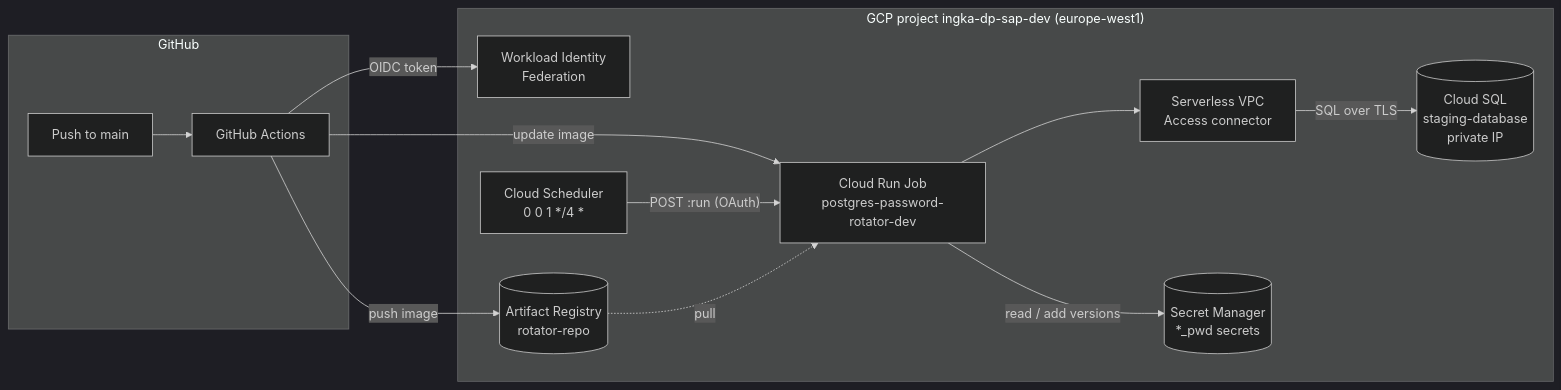
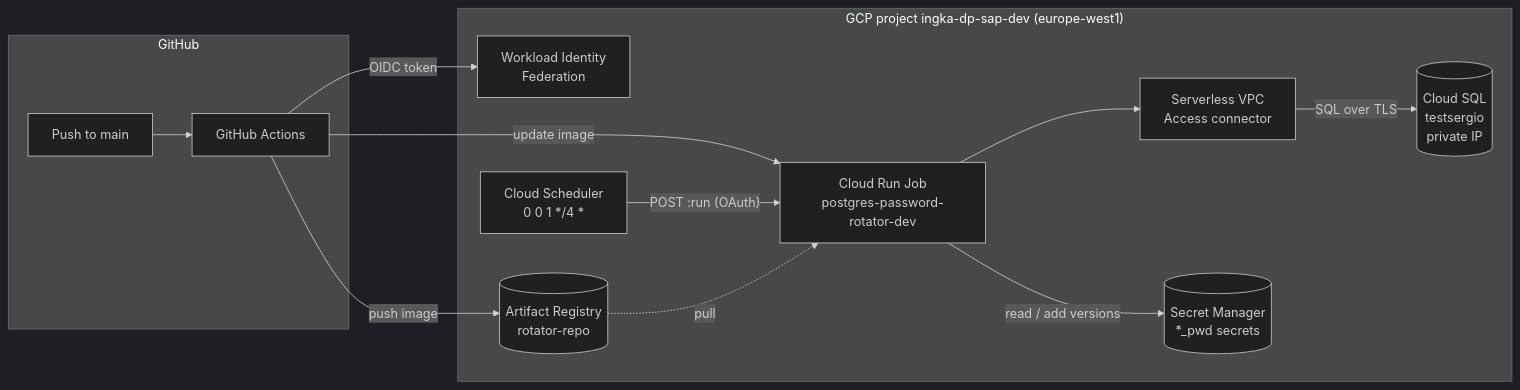
The first of 2 diagrams in ARCHITECTURE.md (Sarank-tech/gcp-postgres-password-rotator), drawn with Mermaid (dark theme) before and after one commit. The commit also changed other lines of this file and 3 other files, not shown here.

````diff
--- a/ARCHITECTURE.md
+++ b/ARCHITECTURE.md
@@ -17,22 +17,22 @@
 ```mermaid
 flowchart LR
     subgraph GitHub
         GH[Push to main] --> GA[GitHub Actions]
     end
     subgraph GCP["GCP project ingka-dp-sap-dev (europe-west1)"]
         WIF[Workload Identity<br/>Federation]
         AR[(Artifact Registry<br/>rotator-repo)]
         SCH[Cloud Scheduler<br/>0 0 1 */4 *]
         JOB[Cloud Run Job<br/>postgres-password-rotator-dev]
         VPCC[Serverless VPC<br/>Access connector]
-        SQL[(Cloud SQL<br/>staging-database<br/>private IP)]
+        SQL[(Cloud SQL<br/>testsergio<br/>private IP)]
         SM[(Secret Manager<br/>*_pwd secrets)]
     end
     GA -- OIDC token --> WIF
     GA -- push image --> AR
     GA -- update image --> JOB
     SCH -- "POST :run (OAuth)" --> JOB
     AR -. pull .-> JOB
     JOB -- read / add versions --> SM
     JOB --> VPCC -- "SQL over TLS" --> SQL
 ```
````
